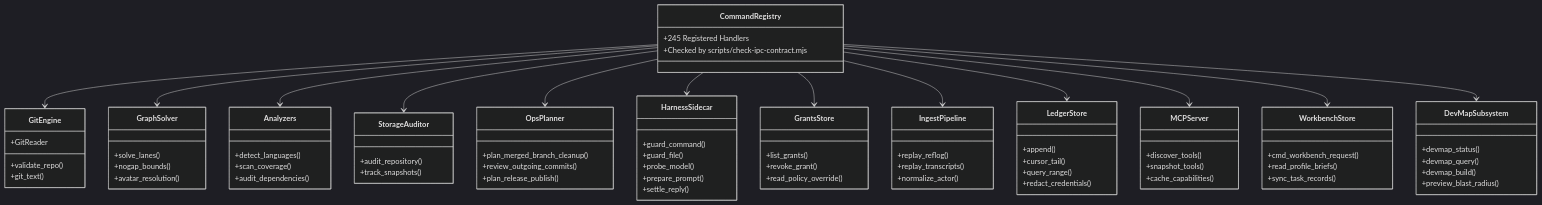
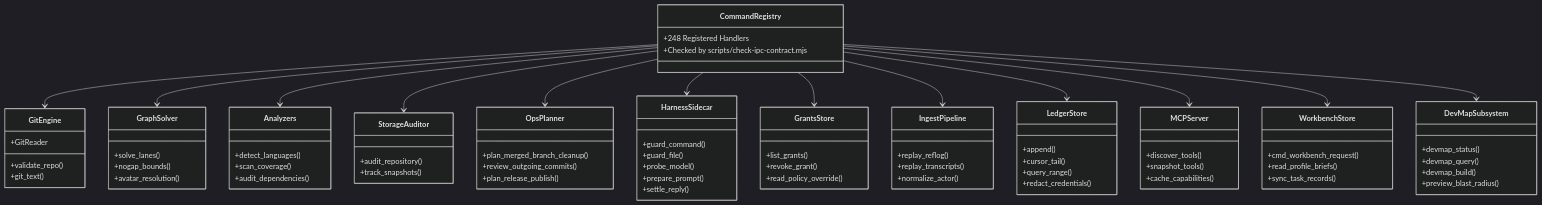
Before and after one commit to bharathvbcr/GitPulse: the third of 5 diagrams in docs/ARCHITECTURE.md, drawn with Mermaid (dark theme). The commit also changed other lines of this file and 71 other files, not shown here.

````diff
--- a/docs/ARCHITECTURE.md
+++ b/docs/ARCHITECTURE.md
@@ -199,7 +199,7 @@
 ```mermaid
 classDiagram
     class CommandRegistry {
-        +245 Registered Handlers
+        +248 Registered Handlers
         +Checked by scripts/check-ipc-contract.mjs
     }
     class GitEngine {
````
